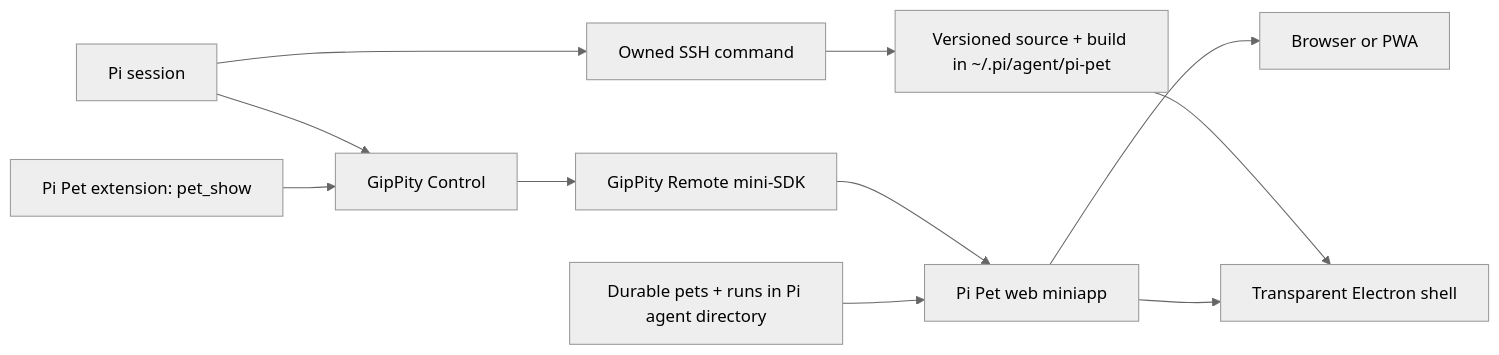
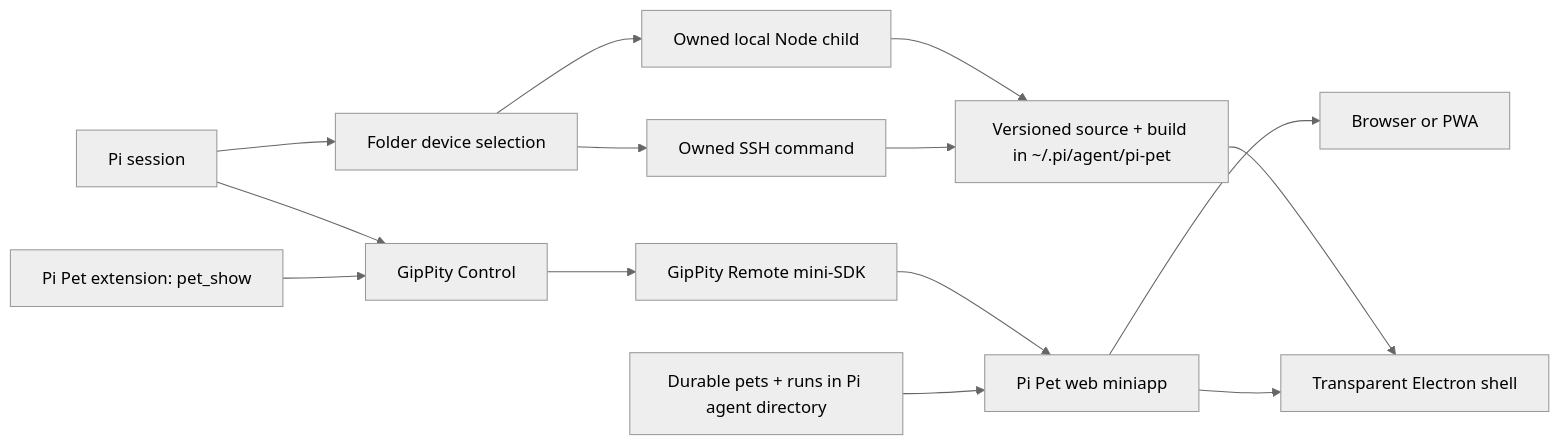
One commit to IgorWarzocha/howaboua-pi-stuff changed the diagram in packages/pi-pet/docs/architecture.md. Above: the diagram before and after it, drawn with Mermaid (neutral theme). The commit also changed other lines of this file and 17 other files, not shown here.

Commit message:
feat(pi-pet): route pets to folder devices

````diff
--- a/packages/pi-pet/docs/architecture.md
+++ b/packages/pi-pet/docs/architecture.md
@@ -3,13 +3,16 @@
 ```mermaid
 flowchart LR
     Pi[Pi session] --> G[GipPity Control]
-    Pi --> SSH[Owned SSH command]
-    SSH --> Build[Versioned source + build in ~/.pi/agent/pi-pet]
+    Pi --> Route[Folder device selection]
+    Route --> Local[Owned local Node child]
+    Route --> SSH[Owned SSH command]
+    Local --> Build[Versioned source + build in ~/.pi/agent/pi-pet]
+    SSH --> Build
     Build --> Electron[Transparent Electron shell]
     G --> SDK[GipPity Remote mini-SDK]
     SDK --> Web[Pi Pet web miniapp]
     Store[Durable pets + runs in Pi agent directory] --> Web
     Web --> Browser[Browser or PWA]
     Web --> Electron
     Pet[Pi Pet extension: pet_show] --> G
 ```
````
